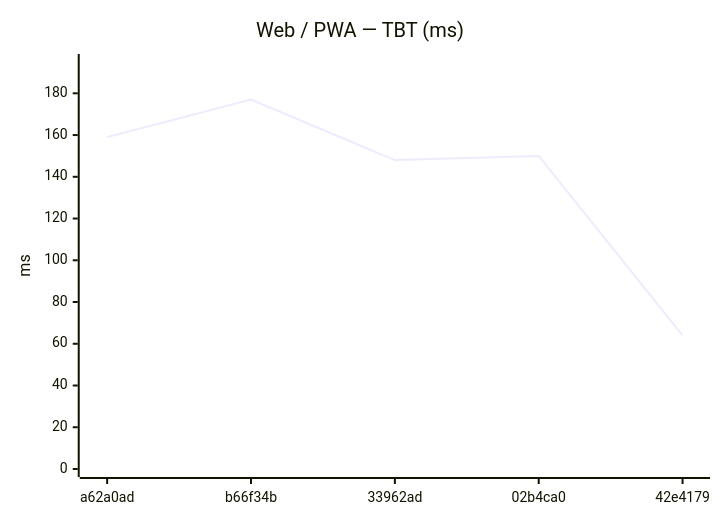
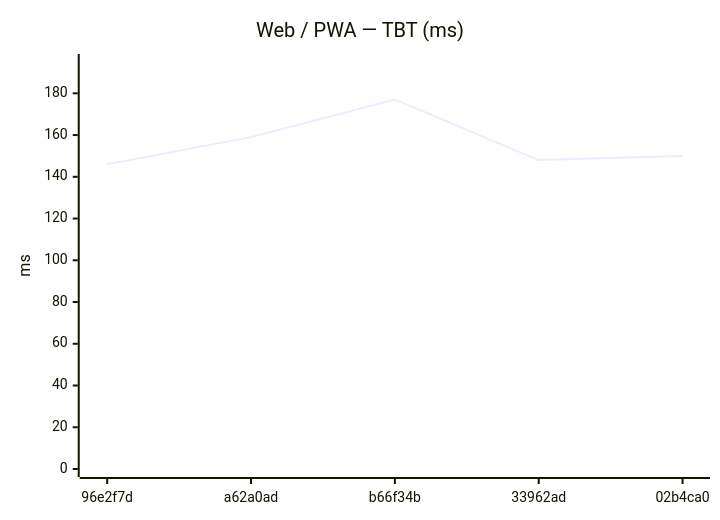
Before and after one commit to Metaheurist/Rianell: the eighth of 18 diagrams in benchmarks/compare.md, drawn with Mermaid. The commit also changed other lines of this file and 11 other files, not shown here.

````diff
--- a/benchmarks/compare.md
+++ b/benchmarks/compare.md
@@ -124,7 +124,7 @@
 ```mermaid
 xychart-beta
     title "Web / PWA — TBT (ms)"
-    x-axis ["a62a0ad", "b66f34b", "33962ad", "02b4ca0", "42e4179"]
+    x-axis ["96e2f7d", "a62a0ad", "b66f34b", "33962ad", "02b4ca0"]
     y-axis "ms" 0 --> 195
-    line [159, 177, 148, 150, 64]
+    line [146, 159, 177, 148, 150]
 ```
````
